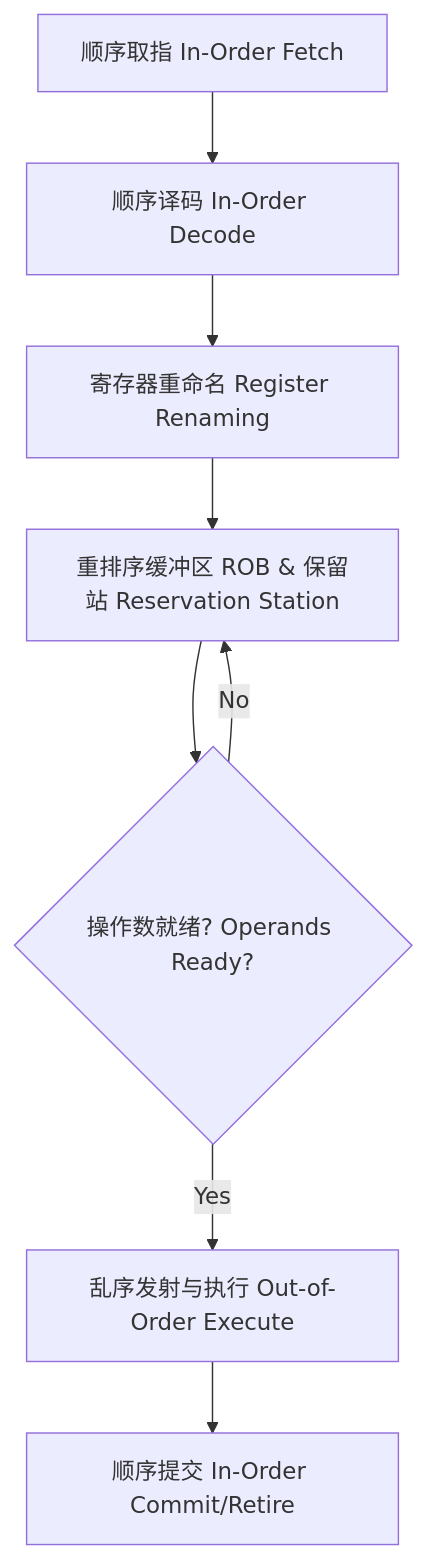
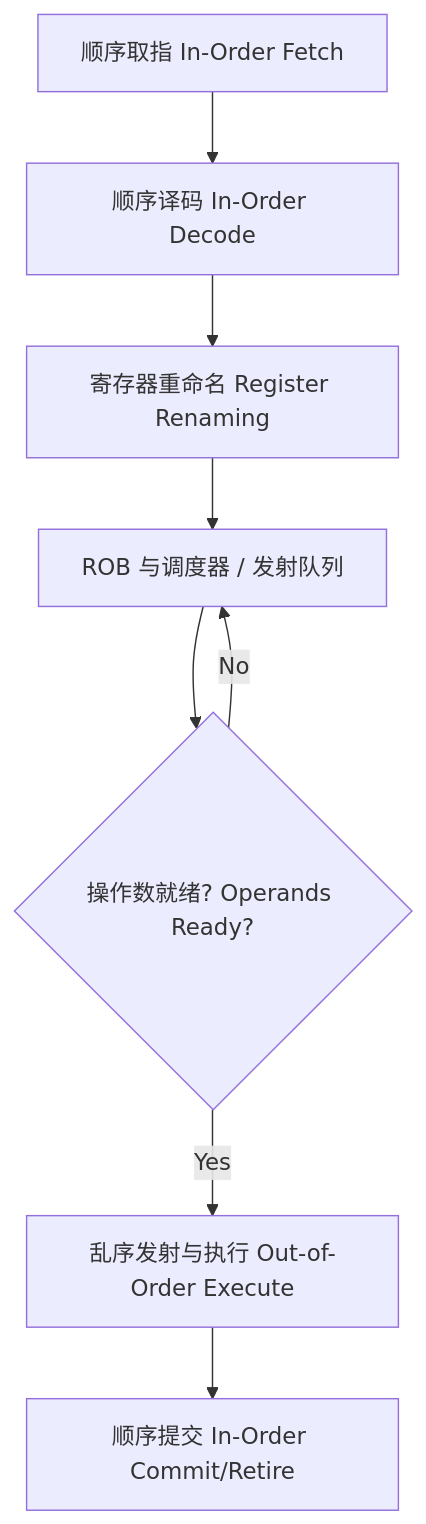
Before and after one commit to xizheyin/hft-book-rs: the second of 2 diagrams in src/foundations/cpu_arch.md, drawn with Mermaid. The commit also changed other lines of this file and 88 other files, not shown here.

````diff
--- a/src/foundations/cpu_arch.md
+++ b/src/foundations/cpu_arch.md
@@ -152,10 +152,10 @@
 ```mermaid
 graph TD
     A[顺序取指 In-Order Fetch] --> B[顺序译码 In-Order Decode]
     B --> C[寄存器重命名 Register Renaming]
-    C --> D[重排序缓冲区 ROB & 保留站 Reservation Station]
+    C --> D[ROB 与调度器 / 发射队列]
     D --> E{操作数就绪? Operands Ready?}
     E -->|Yes| F[乱序发射与执行 Out-of-Order Execute]
     E -->|No| D
     F --> G[顺序提交 In-Order Commit/Retire]
 ```
````
